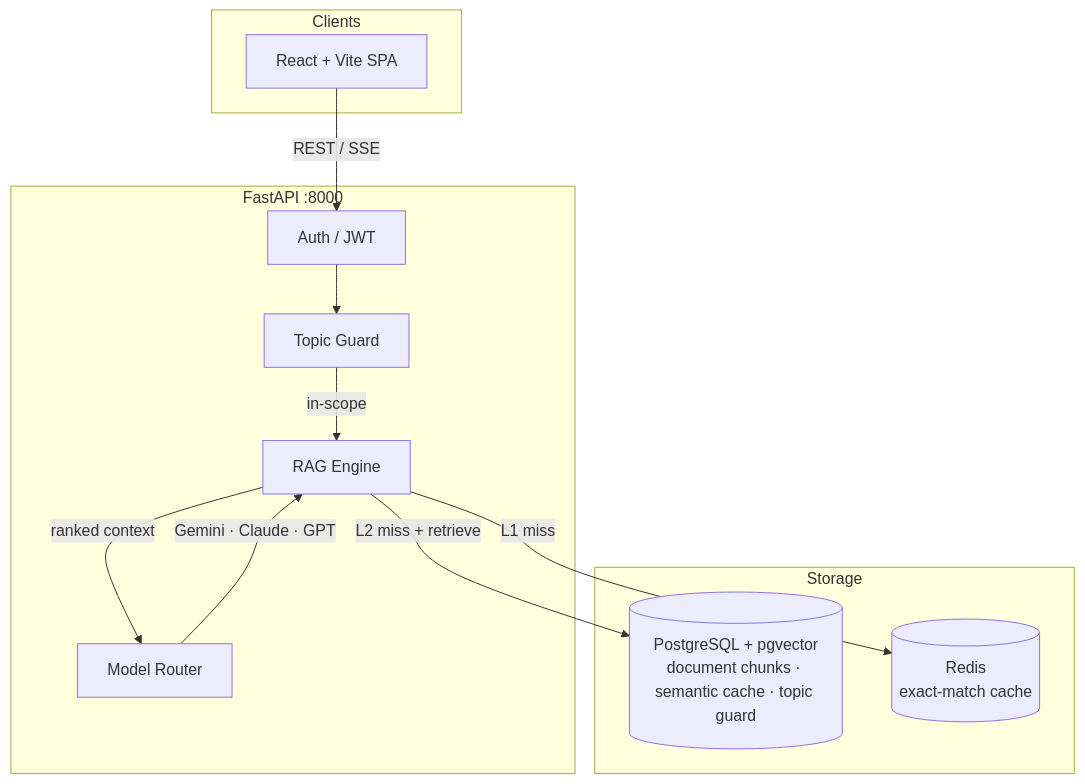
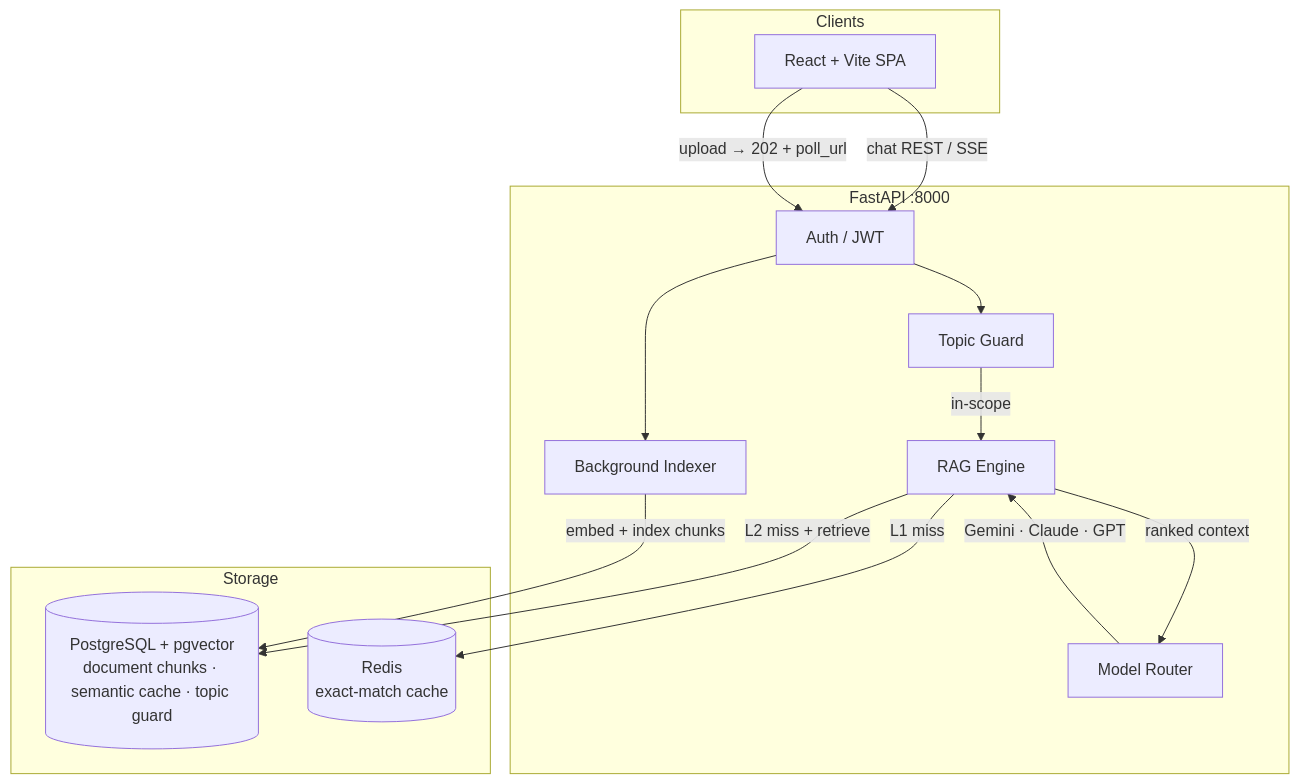
Before and after one commit to meraiky/Chatbot_Enterprise-AI: the diagram in README.md, drawn with Mermaid. The commit also changed other lines of this file and 8 other files, not shown here.

````diff
--- a/README.md
+++ b/README.md
@@ -55,25 +57,28 @@
 ```mermaid
 graph TD
     subgraph Clients
         A[React + Vite SPA]
     end
 
     subgraph Backend [FastAPI :8000]
         C[Auth / JWT]
         D[Topic Guard]
         E[RAG Engine]
         F[Model Router]
+        G[Background Indexer]
     end
 
     subgraph Storage
         H[(PostgreSQL + pgvector\ndocument chunks · semantic cache · topic guard)]
         J[(Redis\nexact-match cache)]
     end
 
-    A -->|REST / SSE| C --> D
+    A -->|chat REST / SSE| C --> D
+    A -->|upload → 202 + poll_url| C --> G
     D -->|in-scope| E
     E -->|L1 miss| J
     E -->|L2 miss + retrieve| H
     E -->|ranked context| F
     F -->|Gemini · Claude · GPT| E
+    G -->|embed + index chunks| H
 ```
````
